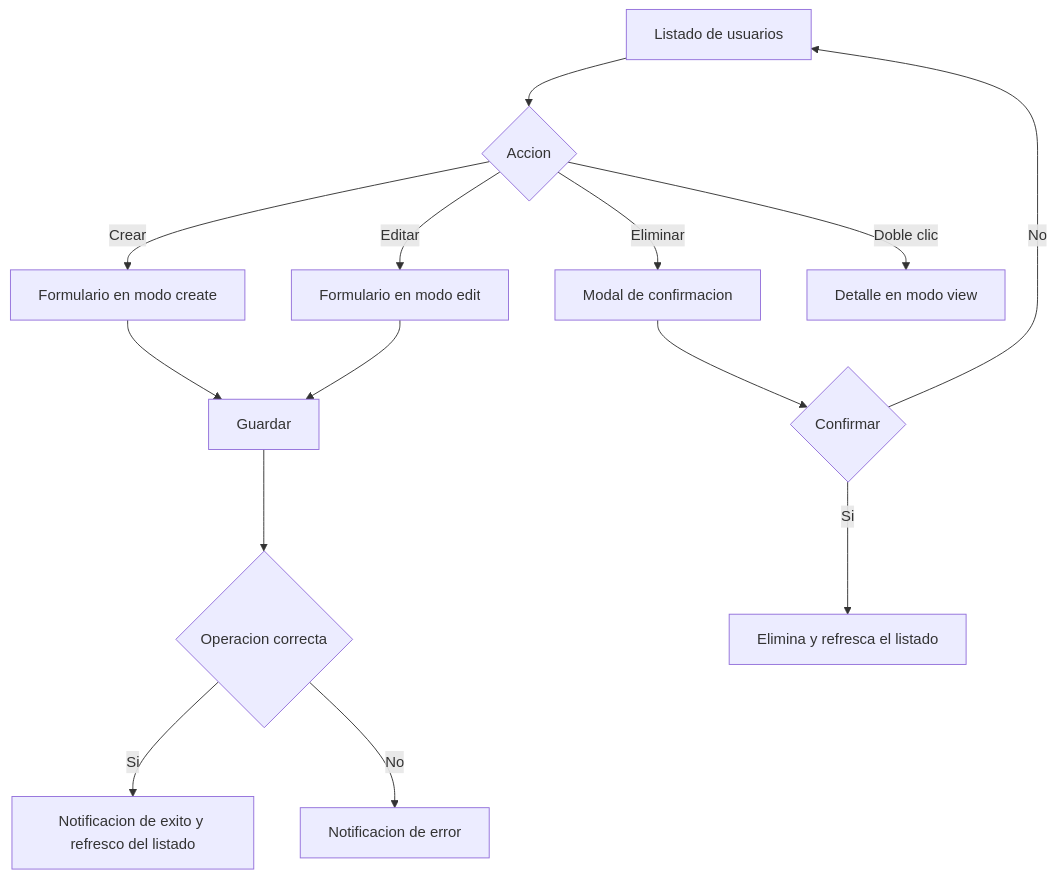
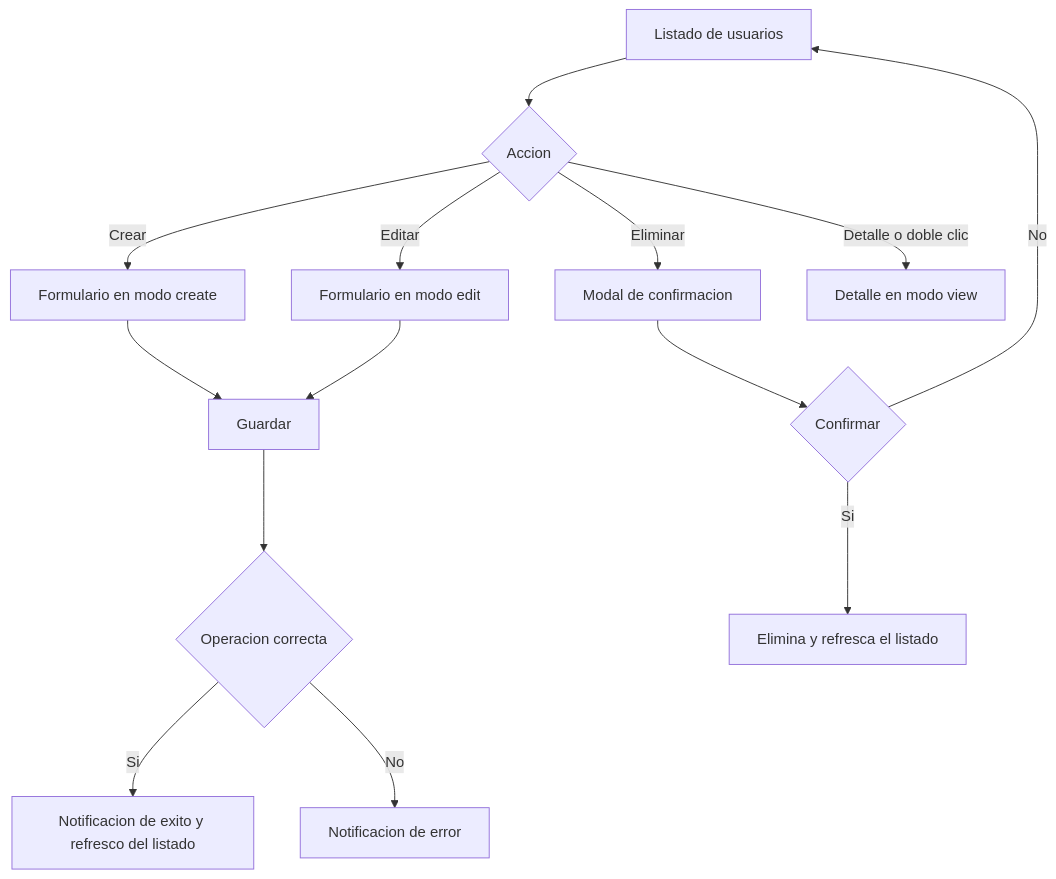
One commit to ijgomez/template changed the diagram in template-docs/02-functional/administration/security/users.md. Above: the diagram before and after it, drawn with Mermaid. The commit also changed other lines of this file and 24 other files, not shown here.

````diff
--- a/template-docs/02-functional/administration/security/users.md
+++ b/template-docs/02-functional/administration/security/users.md
@@ -256,16 +258,16 @@
 ```mermaid
 flowchart TD
   A["Listado de usuarios"] --> B{"Accion"}
   B -->|Crear| C["Formulario en modo create"]
   B -->|Editar| D["Formulario en modo edit"]
   B -->|Eliminar| E["Modal de confirmacion"]
-  B -->|Doble clic| F["Detalle en modo view"]
+  B -->|Detalle o doble clic| F["Detalle en modo view"]
   C --> G["Guardar"]
   D --> G
   G --> H{"Operacion correcta"}
   H -->|Si| I["Notificacion de exito y refresco del listado"]
   H -->|No| J["Notificacion de error"]
   E --> K{"Confirmar"}
   K -->|Si| L["Elimina y refresca el listado"]
   K -->|No| A
 ```
````
